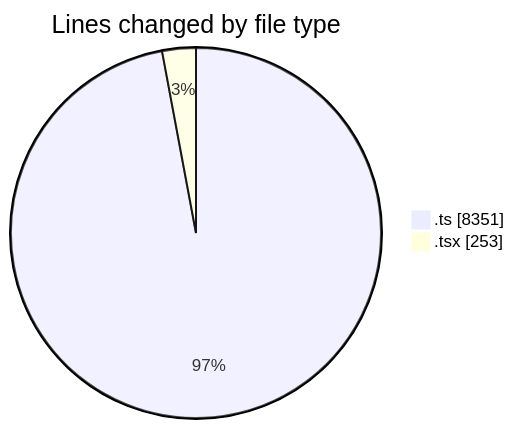
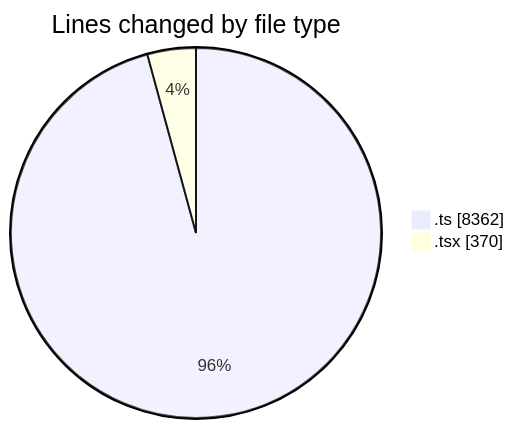
One commit to momahboobian/code-tracking changed the first of 2 diagrams in 2025-07-14/cda/README.md. Above: the diagram before and after it, drawn with Mermaid. The commit also changed other lines of this file and 1 other file, not shown here.

````diff
--- a/2025-07-14/cda/README.md
+++ b/2025-07-14/cda/README.md
@@ -24,6 +25,6 @@
 ```mermaid
 pie showData
 title Lines changed by file type
-".ts" : 8351
-".tsx" : 253
+".ts" : 8362
+".tsx" : 370
 ```
````
